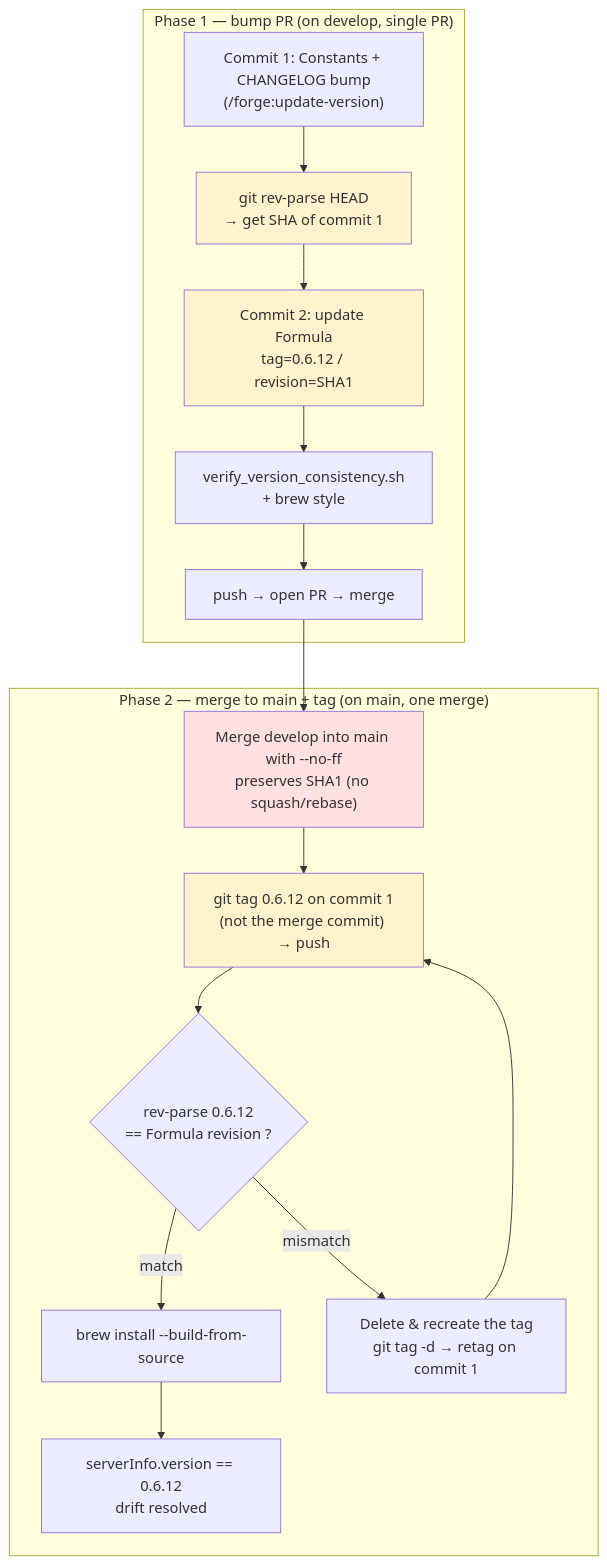
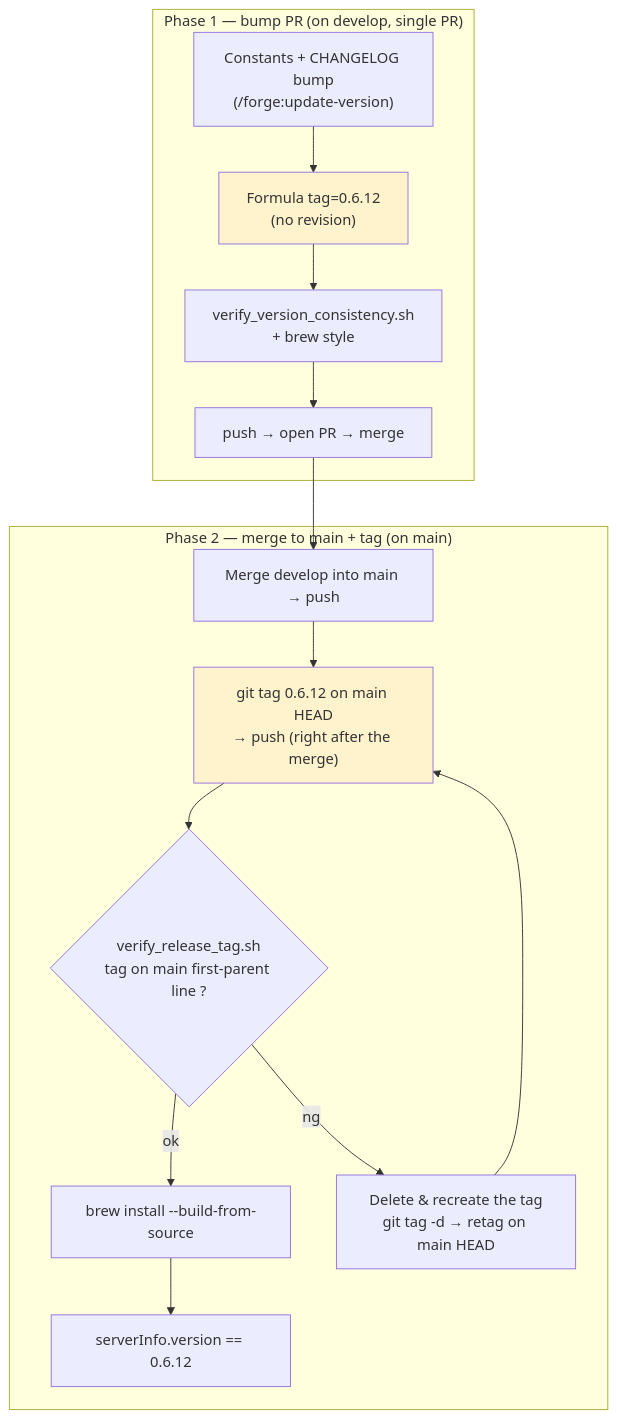
The first of 2 diagrams in CONTRIBUTING.md (BlueEventHorizon/Swift-Selena), drawn with Mermaid before and after one commit. The commit also changed other lines of this file and 6 other files, not shown here.

First line of the commit message:
change: release tag を main 本流に打つ運用へ変更し、Formula の revision を廃止

````diff
--- a/CONTRIBUTING.md
+++ b/CONTRIBUTING.md
@@ -107,28 +107,25 @@
 ```mermaid
 flowchart TD
     subgraph PH1["Phase 1 — bump PR (on develop, single PR)"]
-        A["Commit 1: Constants + CHANGELOG bump<br/>(/forge:update-version)"]
-        B["git rev-parse HEAD<br/>→ get SHA of commit 1"]
-        C["Commit 2: update Formula<br/>tag=0.6.12 / revision=SHA1"]
+        A["Constants + CHANGELOG bump<br/>(/forge:update-version)"]
+        C["Formula tag=0.6.12<br/>(no revision)"]
         D["verify_version_consistency.sh<br/>+ brew style"]
         E["push → open PR → merge"]
     end
 
-    subgraph PH2["Phase 2 — merge to main + tag (on main, one merge)"]
-        F["Merge develop into main with --no-ff<br/>preserves SHA1 (no squash/rebase)"]
-        G["git tag 0.6.12 on commit 1<br/>(not the merge commit) → push"]
-        H{"rev-parse 0.6.12<br/>== Formula revision ?"}
-        K["Delete & recreate the tag<br/>git tag -d → retag on commit 1"]
+    subgraph PH2["Phase 2 — merge to main + tag (on main)"]
+        F["Merge develop into main → push"]
+        G["git tag 0.6.12 on main HEAD<br/>→ push (right after the merge)"]
+        H{"verify_release_tag.sh<br/>tag on main first-parent line ?"}
+        K["Delete & recreate the tag<br/>git tag -d → retag on main HEAD"]
         I["brew install --build-from-source"]
-        J["serverInfo.version == 0.6.12<br/>drift resolved"]
+        J["serverInfo.version == 0.6.12"]
     end
 
-    A --> B --> C --> D --> E --> F --> G --> H
-    H -->|match| I --> J
-    H -->|mismatch| K --> G
+    A --> C --> D --> E --> F --> G --> H
+    H -->|ok| I --> J
+    H -->|ng| K --> G
 
-    style B fill:#fff3cd
     style C fill:#fff3cd
-    style F fill:#ffe0e0
     style G fill:#fff3cd
 ```
````
